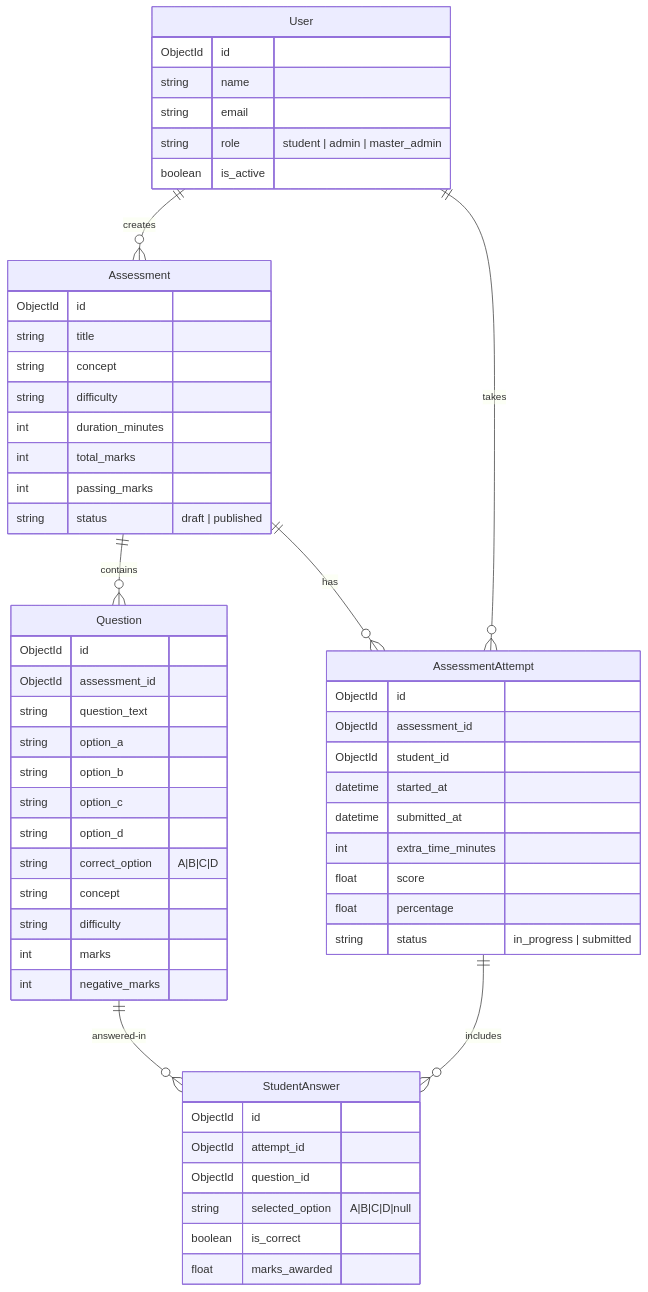
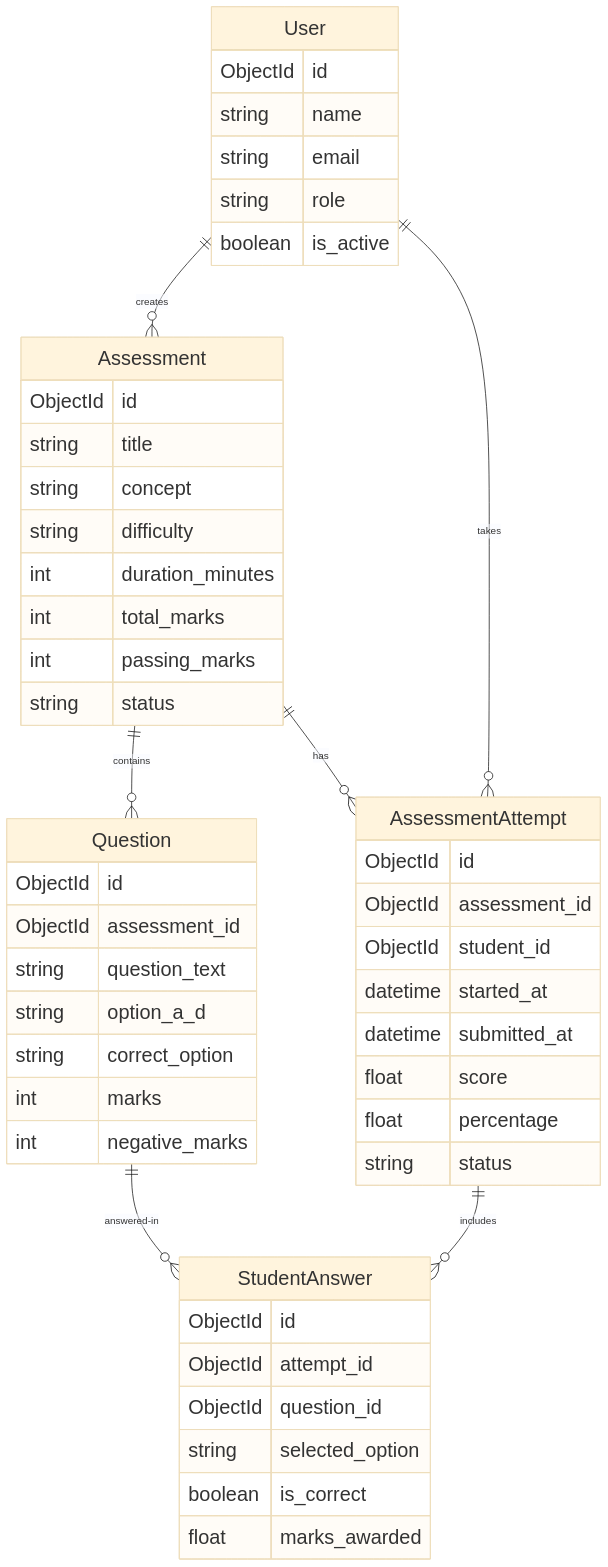
The fourth of 5 diagrams in README.md (edvolve07/Edvolve_backend), drawn with Mermaid before and after one commit. The commit also changed other lines of this file and 8 other files, not shown here.

````diff
--- a/README.md
+++ b/README.md
@@ -160,64 +137,59 @@
 ```mermaid
+%%{init: {'theme': 'base', 'themeVariables': {'fontSize': '28px'}}}%%
 erDiagram
     User ||--o{ Assessment : creates
     Assessment ||--o{ Question : contains
     Assessment ||--o{ AssessmentAttempt : has
     User ||--o{ AssessmentAttempt : takes
     AssessmentAttempt ||--o{ StudentAnswer : includes
     Question ||--o{ StudentAnswer : answered-in
 
     User {
         ObjectId id
         string name
         string email
-        string role "student | admin | master_admin"
+        string role
         boolean is_active
     }
 
     Assessment {
         ObjectId id
         string title
         string concept
         string difficulty
         int duration_minutes
         int total_marks
         int passing_marks
-        string status "draft | published"
+        string status
     }
 
     Question {
         ObjectId id
         ObjectId assessment_id
         string question_text
-        string option_a
-        string option_b
-        string option_c
-        string option_d
-        string correct_option "A|B|C|D"
-        string concept
-        string difficulty
+        string option_a_d
+        string correct_option
         int marks
         int negative_marks
     }
 
     AssessmentAttempt {
         ObjectId id
         ObjectId assessment_id
         ObjectId student_id
         datetime started_at
         datetime submitted_at
-        int extra_time_minutes
         float score
         float percentage
-        string status "in_progress | submitted"
+        string status
     }
 
     StudentAnswer {
         ObjectId id
         ObjectId attempt_id
         ObjectId question_id
-        string selected_option "A|B|C|D|null"
+        string selected_option
         boolean is_correct
         float marks_awarded
     }
 ```
````
